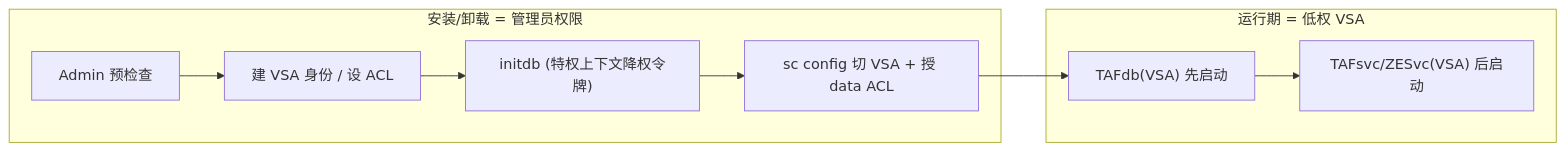
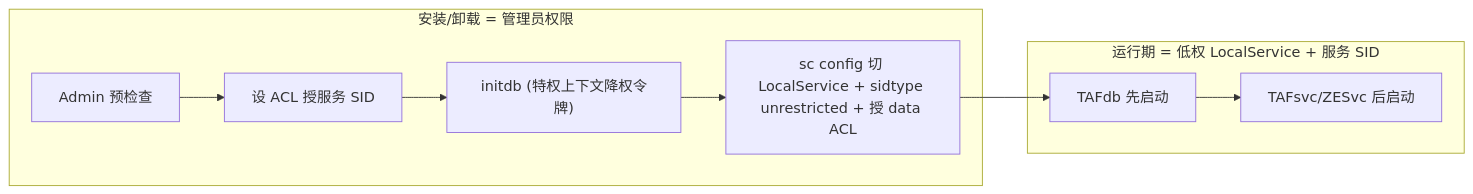
One commit to vb-wjt/study changed the second of 5 diagrams in origin/2-projects/vertiv/PI/experience/v4.0/security-fix/design/runtime-permission-solution.md. Above: the diagram before and after it, drawn with Mermaid. The commit also changed other lines of this file and 6 other files, not shown here.

````diff
--- a/origin/2-projects/vertiv/PI/experience/v4.0/security-fix/design/runtime-permission-solution.md
+++ b/origin/2-projects/vertiv/PI/experience/v4.0/security-fix/design/runtime-permission-solution.md
@@ -103,10 +82,10 @@
 ```mermaid
 flowchart LR
   subgraph installphase [安装/卸载 = 管理员权限]
-    a1["Admin 预检查"] --> a2["建 VSA 身份 / 设 ACL"] --> a3["initdb (特权上下文降权令牌)"] --> a4["sc config 切 VSA + 授 data ACL"]
+    a1["Admin 预检查"] --> a2["设 ACL 授服务 SID"] --> a3["initdb (特权上下文降权令牌)"] --> a4["sc config 切 LocalService + sidtype unrestricted + 授 data ACL"]
   end
   a4 --> r1
-  subgraph runphase [运行期 = 低权 VSA]
-    r1["TAFdb(VSA) 先启动"] --> r2["TAFsvc/ZESvc(VSA) 后启动"]
+  subgraph runphase [运行期 = 低权 LocalService + 服务 SID]
+    r1["TAFdb 先启动"] --> r2["TAFsvc/ZESvc 后启动"]
   end
 ```
````
